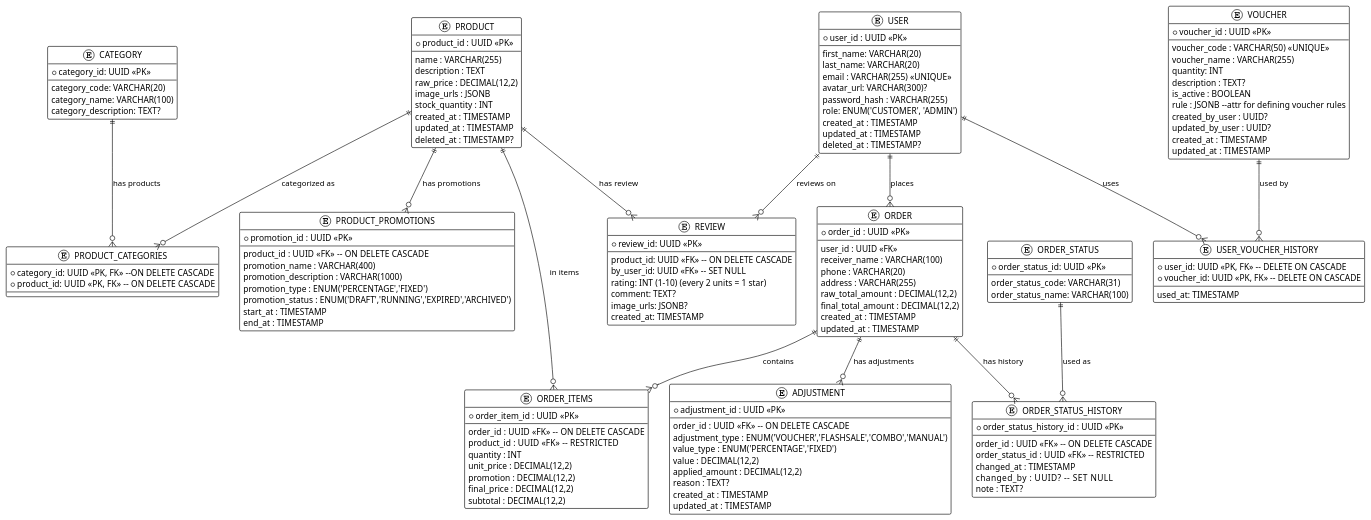
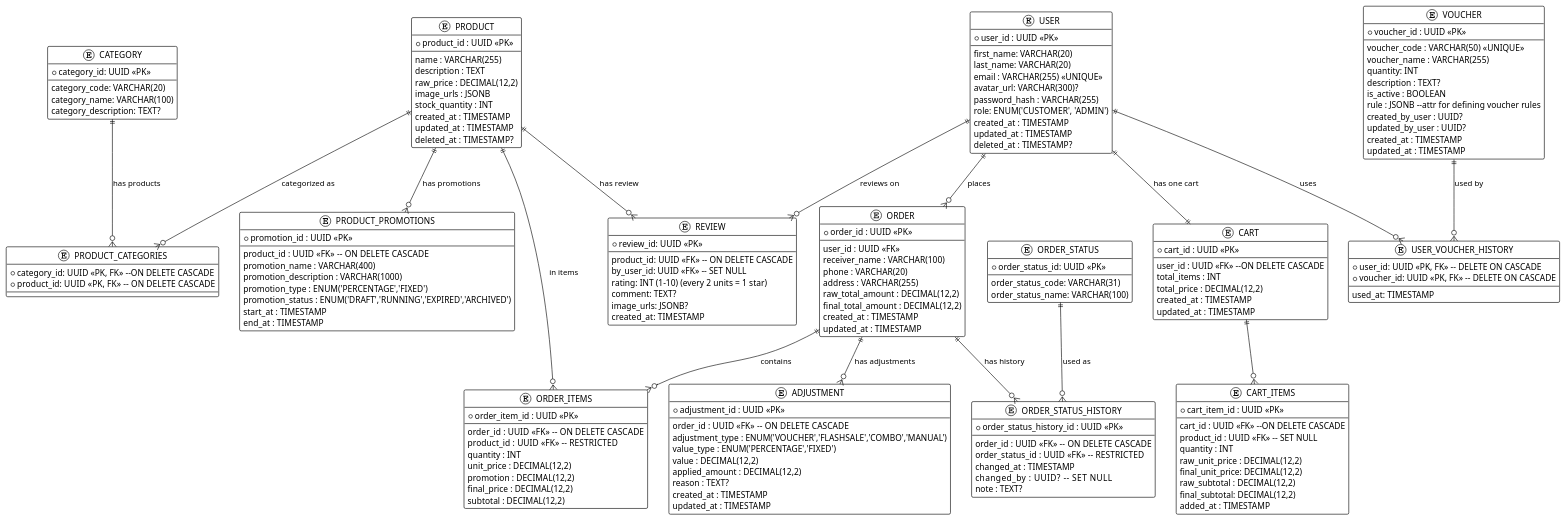
The diagram in docs/erd-database.puml (ThaiMX-hust/mini-ecommerce), drawn with PlantUML before and after one commit.

Commit message:
feat: Add CART and CART_ITEMS entities to enhance shopping cart functionality

```diff
--- a/docs/erd-database.puml
+++ b/docs/erd-database.puml
@@ -1,160 +1,186 @@
 @startuml "db"
 !theme plain
 
 entity "USER" as U {
     *user_id : UUID <<PK>>
     --
     first_name: VARCHAR(20)
     last_name: VARCHAR(20)
     email : VARCHAR(255) <<UNIQUE>>
     avatar_url: VARCHAR(300)?
     password_hash : VARCHAR(255)
     role: ENUM('CUSTOMER', 'ADMIN')
     created_at : TIMESTAMP
     updated_at : TIMESTAMP
     deleted_at : TIMESTAMP?
 }
 
 entity "PRODUCT" as P {
     *product_id : UUID <<PK>>
     --
     name : VARCHAR(255)
     description : TEXT
     raw_price : DECIMAL(12,2)
     image_urls : JSONB
     stock_quantity : INT
     created_at : TIMESTAMP
     updated_at : TIMESTAMP
     deleted_at : TIMESTAMP?
 }
 
 entity "CATEGORY" as C {
     *category_id: UUID <<PK>>
     --
     category_code: VARCHAR(20)
     category_name: VARCHAR(100)
     category_description: TEXT?
 }
 
 entity "PRODUCT_CATEGORIES" as PC {
     *category_id: UUID <<PK, FK>> --ON DELETE CASCADE
     *product_id: UUID <<PK, FK>>  -- ON DELETE CASCADE
 }
 
 entity "PRODUCT_PROMOTIONS" as P_P {
     *promotion_id : UUID <<PK>>
     --
     product_id : UUID <<FK>>  -- ON DELETE CASCADE
     promotion_name : VARCHAR(400)
     promotion_description : VARCHAR(1000)
     promotion_type : ENUM('PERCENTAGE','FIXED')
     promotion_status : ENUM('DRAFT','RUNNING','EXPIRED','ARCHIVED')
     start_at : TIMESTAMP
     end_at : TIMESTAMP
 }
 
 entity "ORDER" as O {
     *order_id : UUID <<PK>>
     --
     user_id : UUID <<FK>>
     receiver_name : VARCHAR(100)
     phone : VARCHAR(20)
     address : VARCHAR(255)
     raw_total_amount : DECIMAL(12,2)
     final_total_amount : DECIMAL(12,2)
     created_at : TIMESTAMP
     updated_at : TIMESTAMP
 }
 
 entity "ORDER_ITEMS" as OI {
     *order_item_id : UUID <<PK>>
     --
     order_id : UUID <<FK>>  -- ON DELETE CASCADE
     product_id : UUID <<FK>>  -- RESTRICTED
     quantity : INT
     unit_price : DECIMAL(12,2)
     promotion : DECIMAL(12,2)
     final_price : DECIMAL(12,2)
     subtotal : DECIMAL(12,2)
 }
 
 entity "ORDER_STATUS" as OS {
     *order_status_id: UUID <<PK>>
     --
     order_status_code: VARCHAR(31)
     order_status_name: VARCHAR(100)
 }
 
 entity "ORDER_STATUS_HISTORY" as OSH {
     *order_status_history_id : UUID <<PK>>
     --
     order_id : UUID <<FK>>  -- ON DELETE CASCADE
     order_status_id : UUID <<FK>>  -- RESTRICTED
     changed_at : TIMESTAMP
     changed_by : UUID?      -- SET NULL
     note : TEXT?
 }
 
 entity "ADJUSTMENT" as ADJ {
   *adjustment_id : UUID <<PK>>
   --
   order_id : UUID <<FK>>  -- ON DELETE CASCADE
   adjustment_type : ENUM('VOUCHER','FLASHSALE','COMBO','MANUAL')
   value_type : ENUM('PERCENTAGE','FIXED')
   value : DECIMAL(12,2)
   applied_amount : DECIMAL(12,2)
   reason : TEXT?
   created_at : TIMESTAMP
   updated_at : TIMESTAMP
 }
 
 entity "REVIEW" as RV {
     *review_id: UUID <<PK>>
     --
     product_id: UUID <<FK>> -- ON DELETE CASCADE
     by_user_id: UUID <<FK>> -- SET NULL
     rating: INT (1-10) (every 2 units = 1 star)
     comment: TEXT?
     image_urls: JSONB?
     created_at: TIMESTAMP
 }
 
+entity "CART" as Cart {
+    *cart_id : UUID <<PK>>
+    --
+    user_id : UUID <<FK>> --ON DELETE CASCADE
+    total_items : INT
+    total_price : DECIMAL(12,2)
+    created_at : TIMESTAMP
+    updated_at : TIMESTAMP
+}
+
+entity "CART_ITEMS" as CI {
+    *cart_item_id : UUID <<PK>>
+    --
+    cart_id : UUID <<FK>> --ON DELETE CASCADE
+    product_id : UUID <<FK>> -- SET NULL
+    quantity : INT
+    raw_unit_price : DECIMAL(12,2)
+    final_unit_price: DECIMAL(12,2)
+    raw_subtotal : DECIMAL(12,2)
+    final_subtotal: DECIMAL(12,2)
+    added_at : TIMESTAMP
+}
+
 entity "USER_VOUCHER_HISTORY" as UVH{
     *user_id: UUID <<PK, FK>> -- DELETE ON CASCADE
     *voucher_id: UUID <<PK, FK>> -- DELETE ON CASCADE
     --
     used_at: TIMESTAMP
 }
 
 entity "VOUCHER" as VC {
     *voucher_id : UUID <<PK>>
     --
     voucher_code : VARCHAR(50) <<UNIQUE>>
     voucher_name : VARCHAR(255)
     quantity: INT
     description : TEXT?
     is_active : BOOLEAN
     rule : JSONB --attr for defining voucher rules
     created_by_user : UUID?
     updated_by_user : UUID?
     created_at : TIMESTAMP
     updated_at : TIMESTAMP
 }
 
 U ||--o{ O : "places"
 O ||--o{ OI : "contains"
 O ||--o{ OSH : "has history"
 OS ||--o{ OSH : "used as"
 P ||--o{ OI : "in items"
 P ||--o{ P_P : "has promotions"
 O ||--o{ ADJ : "has adjustments"
 
 P ||--o{ PC : "categorized as"
 C ||--o{ PC : "has products"
 P ||--o{ RV : "has review"
 U ||--o{ RV : "reviews on"
 
 U ||--o{ UVH : "uses"
 VC ||--o{ UVH : "used by"
 
+U ||--|| Cart : "has one cart"
+Cart ||--o{ CI
+
 @enduml
```
